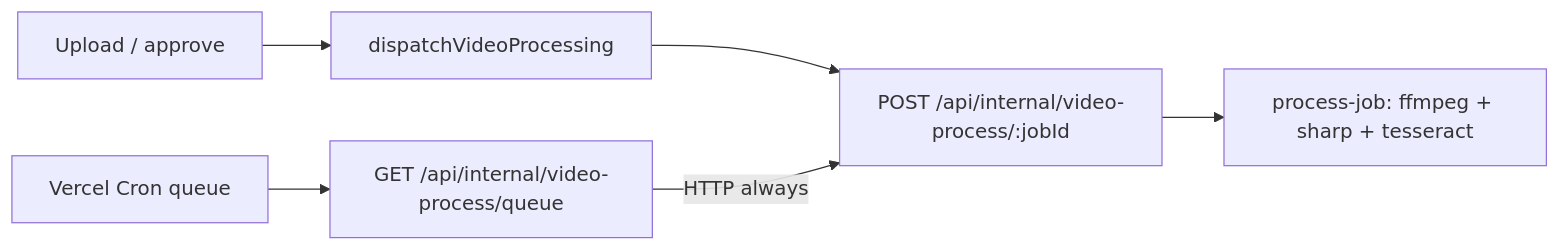
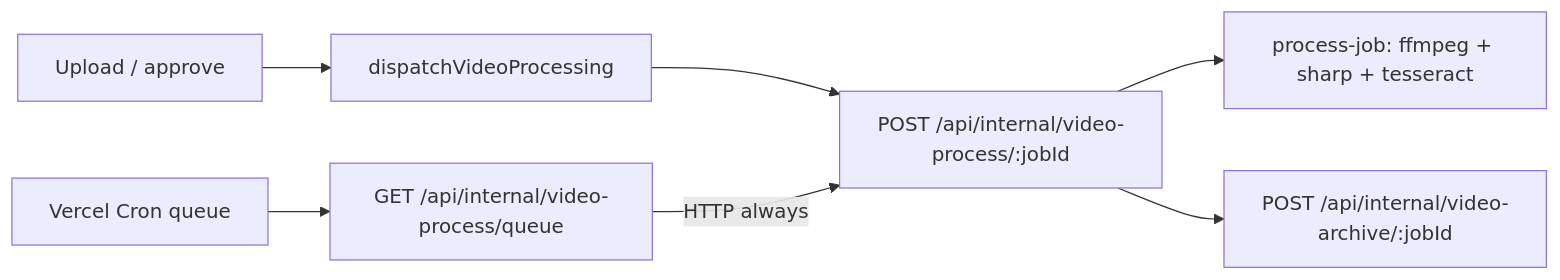
One commit to Launchframe/alliance-hq changed the diagram in docs/guides/video-external-worker.md. Above: the diagram before and after it, drawn with Mermaid. The commit also changed other lines of this file and 12 other files, not shown here.

````diff
--- a/docs/guides/video-external-worker.md
+++ b/docs/guides/video-external-worker.md
@@ -16,8 +16,9 @@
 ```mermaid
 flowchart LR
   upload[Upload / approve] --> trigger[dispatchVideoProcessing]
   trigger --> jobRoute["POST /api/internal/video-process/:jobId"]
   cron[Vercel Cron queue] --> queueRoute["GET /api/internal/video-process/queue"]
   queueRoute -->|HTTP always| jobRoute
   jobRoute --> pipeline[process-job: ffmpeg + sharp + tesseract]
+  jobRoute --> archive["POST /api/internal/video-archive/:jobId"]
 ```
````
